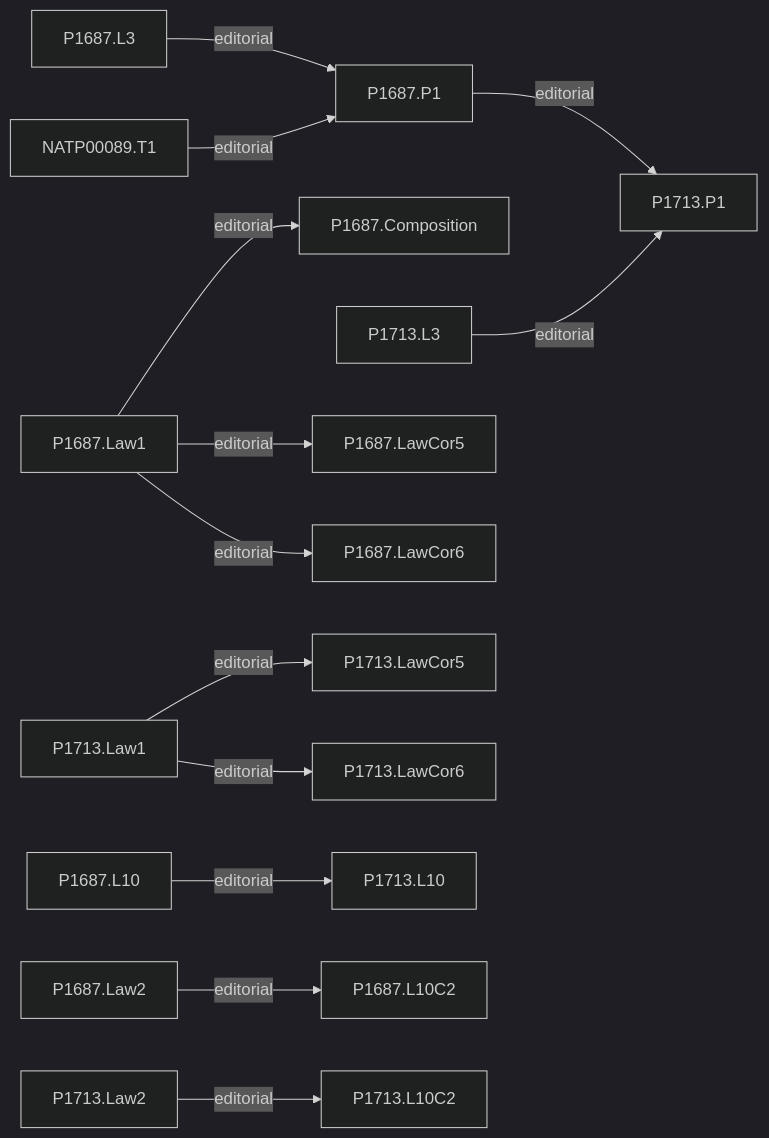
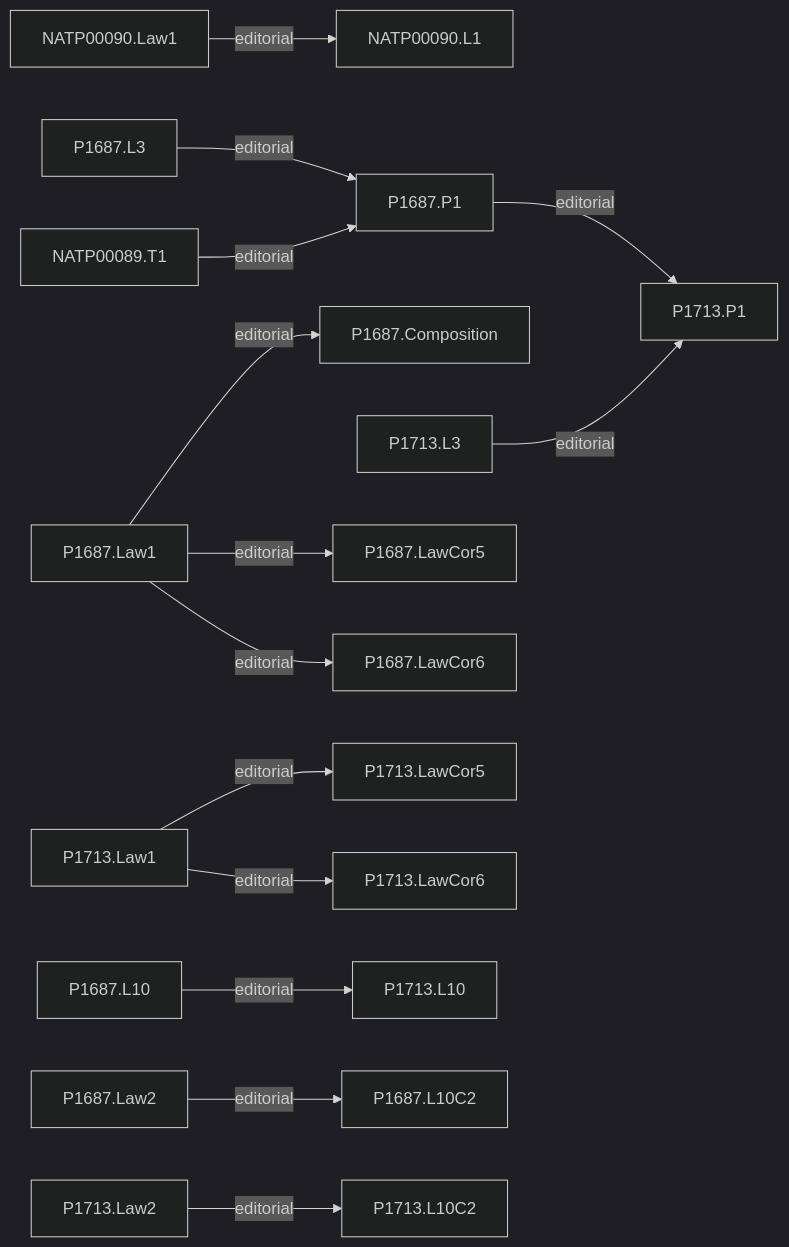
Before and after one commit to arivero/newtonlean: the fifth of 7 diagrams in research/figures.md, drawn with Mermaid (dark theme). The commit also changed other lines of this file and 6 other files, not shown here.

````diff
--- a/research/figures.md
+++ b/research/figures.md
@@ -172,15 +172,16 @@
 ```mermaid
 flowchart LR
+  NATP00090_Law1["NATP00090.Law1"] -->|editorial| NATP00090_L1["NATP00090.L1"]
   P1687_Law1["P1687.Law1"] -->|editorial| P1687_Composition["P1687.Composition"]
   P1687_L3["P1687.L3"] -->|editorial| P1687_P1["P1687.P1"]
   NATP00089_T1["NATP00089.T1"] -->|editorial| P1687_P1["P1687.P1"]
   P1713_L3["P1713.L3"] -->|editorial| P1713_P1["P1713.P1"]
   P1687_P1["P1687.P1"] -->|editorial| P1713_P1["P1713.P1"]
   P1687_Law1["P1687.Law1"] -->|editorial| P1687_LawCor5["P1687.LawCor5"]
   P1713_Law1["P1713.Law1"] -->|editorial| P1713_LawCor5["P1713.LawCor5"]
   P1687_Law1["P1687.Law1"] -->|editorial| P1687_LawCor6["P1687.LawCor6"]
   P1713_Law1["P1713.Law1"] -->|editorial| P1713_LawCor6["P1713.LawCor6"]
   P1687_L10["P1687.L10"] -->|editorial| P1713_L10["P1713.L10"]
   P1687_Law2["P1687.Law2"] -->|editorial| P1687_L10C2["P1687.L10C2"]
   P1713_Law2["P1713.Law2"] -->|editorial| P1713_L10C2["P1713.L10C2"]
 ```
````
